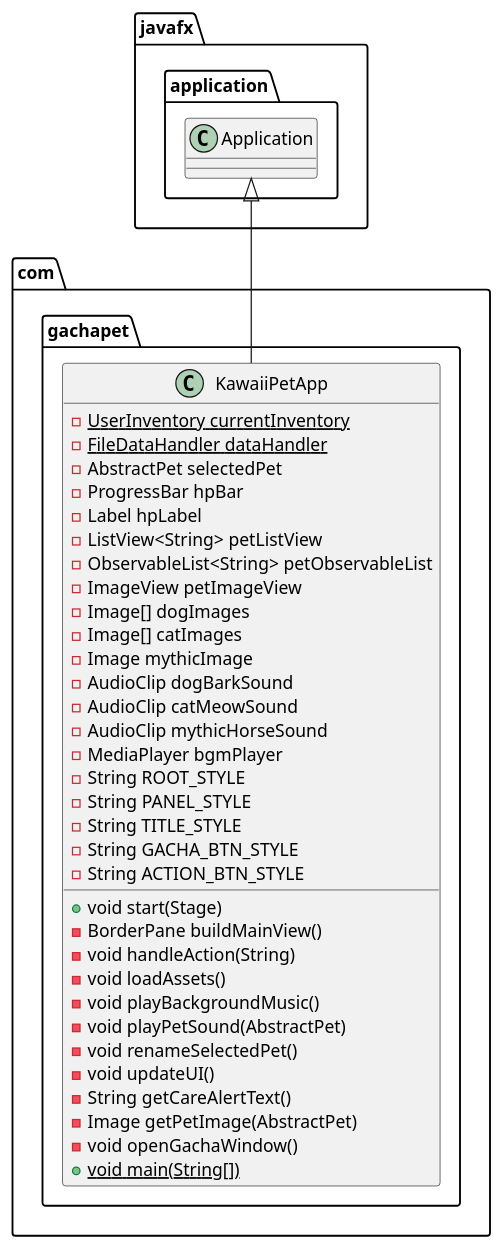
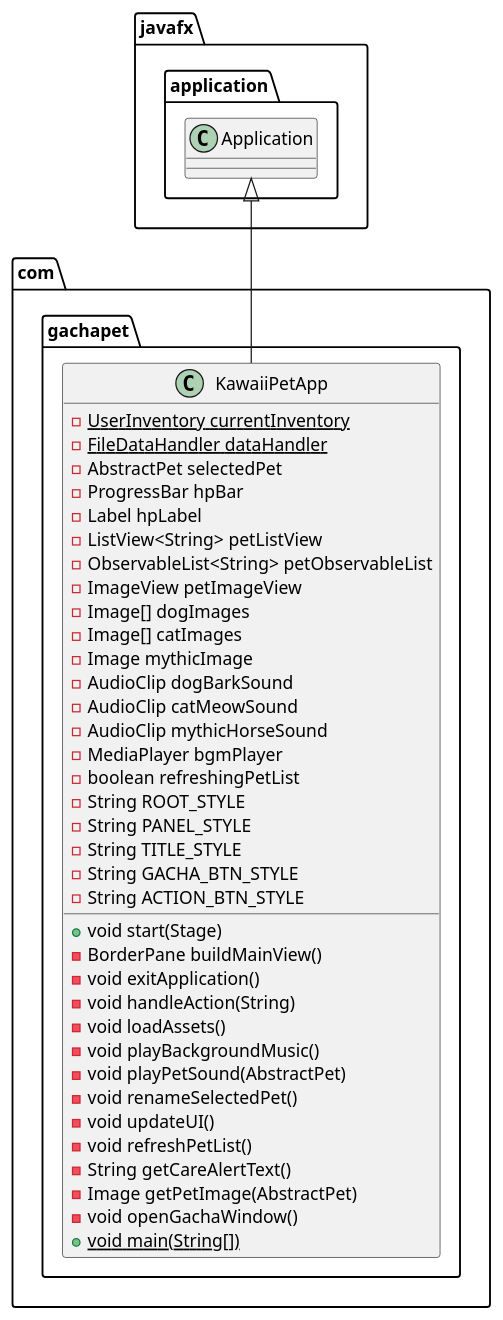
Before and after one commit to koalagirl-c/WeWithdrawProgmeth: the diagram in UML/UI.puml, drawn with PlantUML. The commit also changed 10 other files, not shown here.

Commit message:
edit uml from addition code

```diff
--- a/UML/UI.puml
+++ b/UML/UI.puml
@@ -1,41 +1,44 @@
 @startuml
 class com.gachapet.KawaiiPetApp {
 - {static} UserInventory currentInventory
 - {static} FileDataHandler dataHandler
 - AbstractPet selectedPet
 - ProgressBar hpBar
 - Label hpLabel
 - ListView<String> petListView
 - ObservableList<String> petObservableList
 - ImageView petImageView
 - Image[] dogImages
 - Image[] catImages
 - Image mythicImage
 - AudioClip dogBarkSound
 - AudioClip catMeowSound
 - AudioClip mythicHorseSound
 - MediaPlayer bgmPlayer
+- boolean refreshingPetList
 - String ROOT_STYLE
 - String PANEL_STYLE
 - String TITLE_STYLE
 - String GACHA_BTN_STYLE
 - String ACTION_BTN_STYLE
 + void start(Stage)
 - BorderPane buildMainView()
+- void exitApplication()
 - void handleAction(String)
 - void loadAssets()
 - void playBackgroundMusic()
 - void playPetSound(AbstractPet)
 - void renameSelectedPet()
 - void updateUI()
+- void refreshPetList()
 - String getCareAlertText()
 - Image getPetImage(AbstractPet)
 - void openGachaWindow()
 + {static} void main(String[])
 }
 
 
 
 
 javafx.application.Application <|-- com.gachapet.KawaiiPetApp
 @enduml
```
